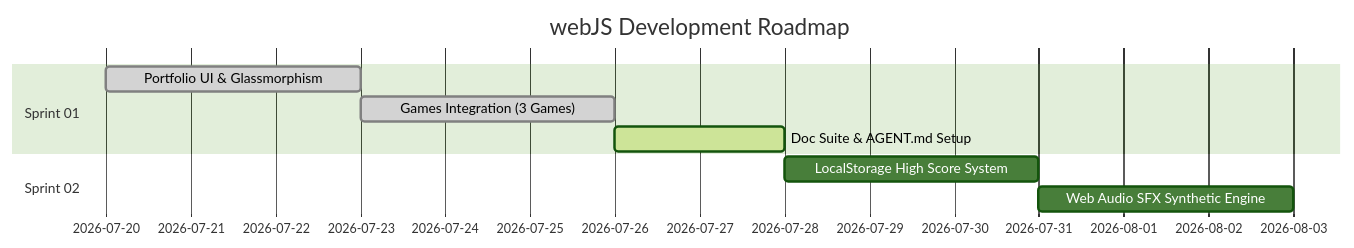
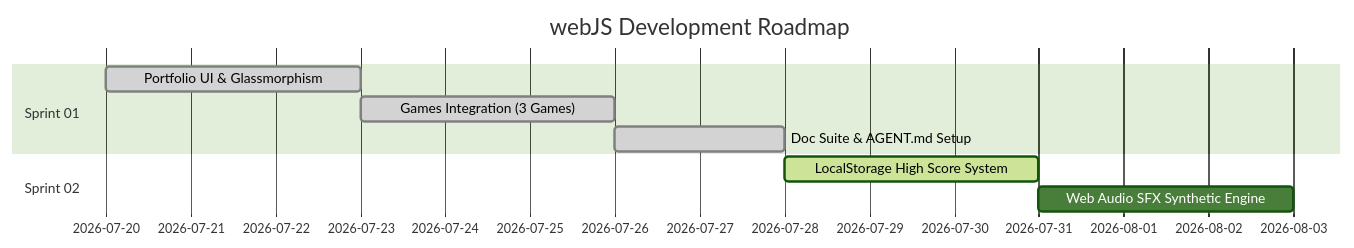
One commit to nopponaim603/webJS changed the diagram in docs/agile/02-sprint-planning.md. Above: the diagram before and after it, drawn with Mermaid (forest theme). The commit also changed other lines of this file and 41 other files, not shown here.

````diff
--- a/docs/agile/02-sprint-planning.md
+++ b/docs/agile/02-sprint-planning.md
@@ -18,12 +18,12 @@
 ```mermaid
 gantt
     title webJS Development Roadmap
     dateFormat  YYYY-MM-DD
     section Sprint 01
     Portfolio UI & Glassmorphism   :done, s1_1, 2026-07-20, 3d
     Games Integration (3 Games)     :done, s1_2, 2026-07-23, 3d
-    Doc Suite & AGENT.md Setup      :active, s1_3, 2026-07-26, 2d
+    Doc Suite & AGENT.md Setup      :done, s1_3, 2026-07-26, 2d
     section Sprint 02
-    LocalStorage High Score System  :s2_1, 2026-07-28, 3d
+    LocalStorage High Score System  :active, s2_1, 2026-07-28, 3d
     Web Audio SFX Synthetic Engine  :s2_2, 2026-07-31, 3d
 ```
````
